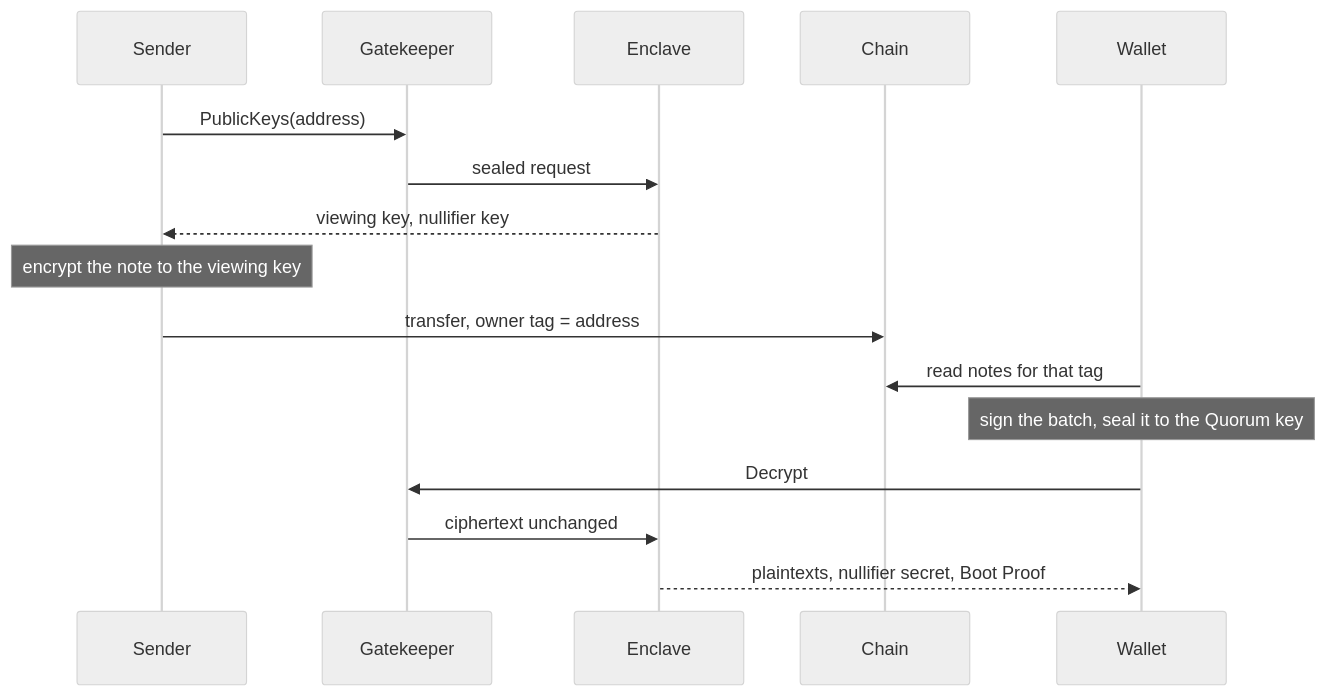
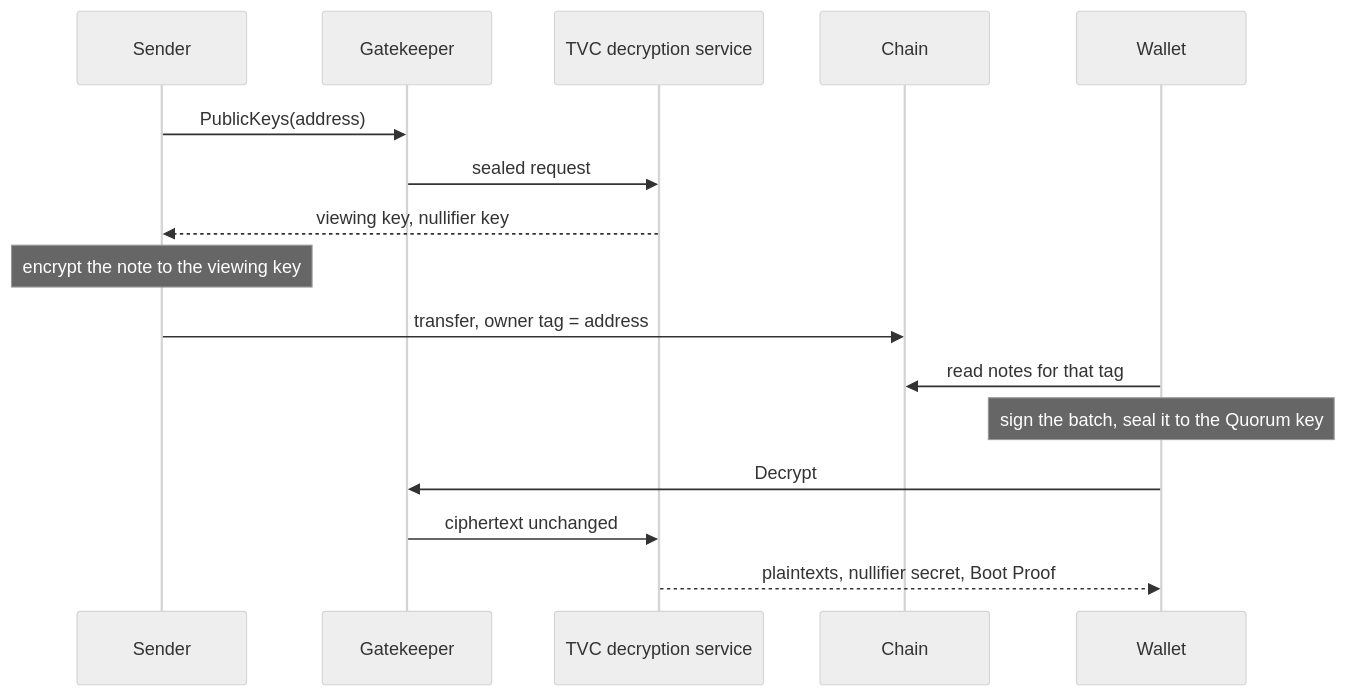
Before and after one commit to helius-labs/spr-tvc: the third of 3 diagrams in docs/spec.md, drawn with Mermaid (neutral theme). The commit also changed other lines of this file and 57 other files, not shown here.

````diff
--- a/docs/spec.md
+++ b/docs/spec.md
@@ -157,19 +153,19 @@
 ```mermaid
 sequenceDiagram
     participant Sender
     participant Gatekeeper
-    participant Enclave
+    participant Service as TVC decryption service
     participant Chain
     participant Wallet
 
     Sender->>Gatekeeper: PublicKeys(address)
-    Gatekeeper->>Enclave: sealed request
-    Enclave-->>Sender: viewing key, nullifier key
+    Gatekeeper->>Service: sealed request
+    Service-->>Sender: viewing key, nullifier key
     Note over Sender: encrypt the note to the viewing key
     Sender->>Chain: transfer, owner tag = address
     Wallet->>Chain: read notes for that tag
     Note over Wallet: sign the batch, seal it to the Quorum key
     Wallet->>Gatekeeper: Decrypt
-    Gatekeeper->>Enclave: ciphertext unchanged
-    Enclave-->>Wallet: plaintexts, nullifier secret, Boot Proof
+    Gatekeeper->>Service: ciphertext unchanged
+    Service-->>Wallet: plaintexts, nullifier secret, Boot Proof
 ```
````
